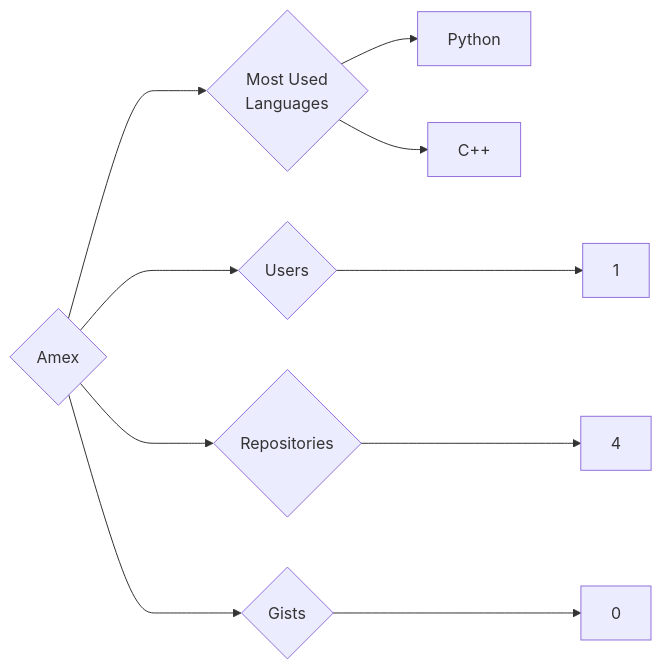
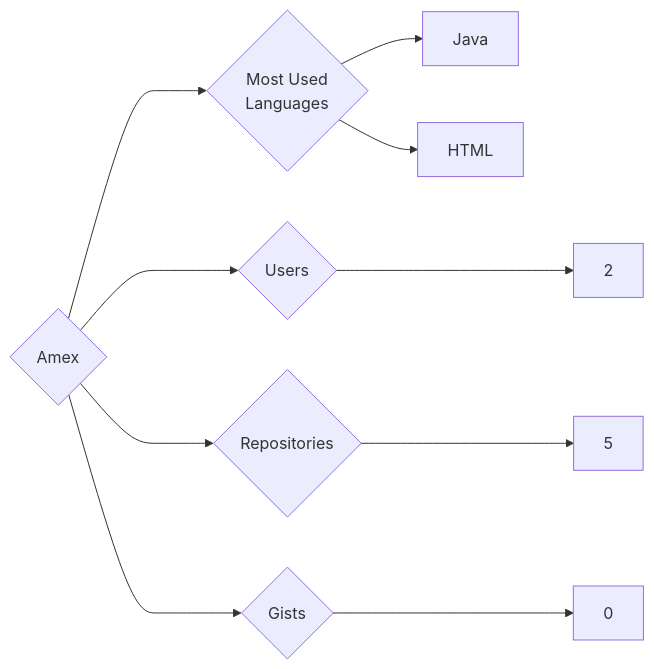
One commit to trickest/insiders changed the diagram in targets/Amex/README.md. Above: the diagram before and after it, drawn with Mermaid. The commit also changed 951 other files, not shown here.

````diff
--- a/targets/Amex/README.md
+++ b/targets/Amex/README.md
@@ -3,10 +3,10 @@
 ```mermaid
 graph LR
 COMPANY_NAME{Amex}
-COMPANY_NAME ---> U{Users} ---> UN[1]
-COMPANY_NAME ---> R{Repositories} ---> RN[4]
+COMPANY_NAME ---> U{Users} ---> UN[2]
+COMPANY_NAME ---> R{Repositories} ---> RN[5]
 COMPANY_NAME ---> G{Gists} ---> GN[0]
 COMPANY_NAME ---> ML{Most Used<br>Languages}
-ML --> Python[Python]
-ML --> C++[C++]
+ML --> Java[Java]
+ML --> HTML[HTML]
 ```
````
